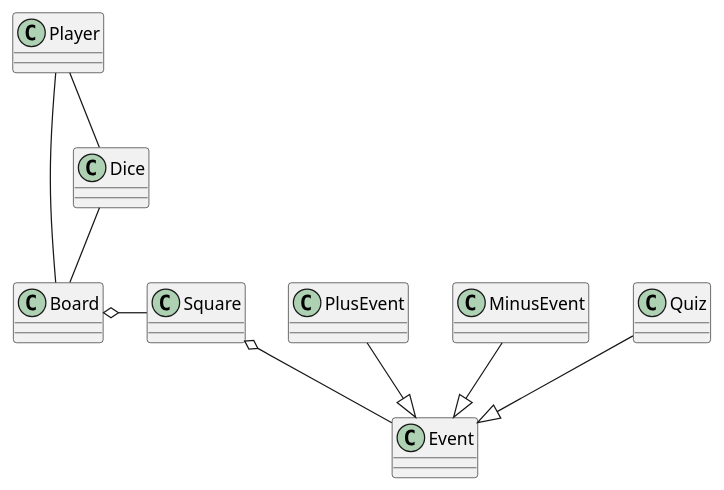
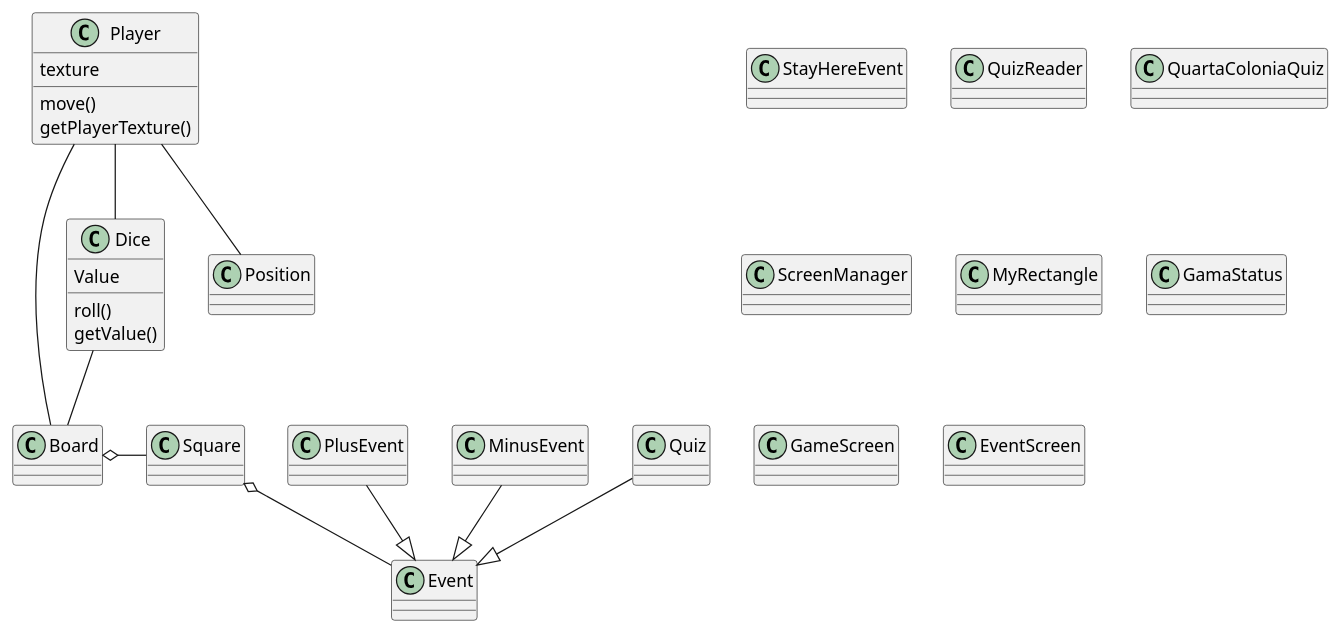
One commit to rtgatto/game-2023b-quartacoloniaquiz changed the diagram in class_diagram.plantuml. Above: the diagram before and after it, drawn with PlantUML. The commit also changed 3 other files, not shown here.

Commit message:
Atualização do diagrama de classes

```diff
--- a/class_diagram.plantuml
+++ b/class_diagram.plantuml
@@ -1,25 +1,45 @@
 @startuml QuartaColoniaQuiz
 
 class Dice
+{
+    Value
+    roll()
+    getValue()
+}
 class Player
+{
+    texture
+    move()
+    getPlayerTexture()
+    
+}
 class Board
 class Square
+class StayHereEvent
+class QuizReader
+class QuartaColoniaQuiz
+class Position
+class ScreenManager
+class MyRectangle
+class GamaStatus
+class GameScreen
+class EventScreen
 
 Board o-R- Square
 Board -L- Player
 
 Player -- Dice
 
 Square o-- Event
 
 PlusEvent --|> Event
 MinusEvent --|> Event
 Quiz --|> Event
 
 Dice -- Board
 
-
+Player -- Position
 
 
 
 @enduml
```
